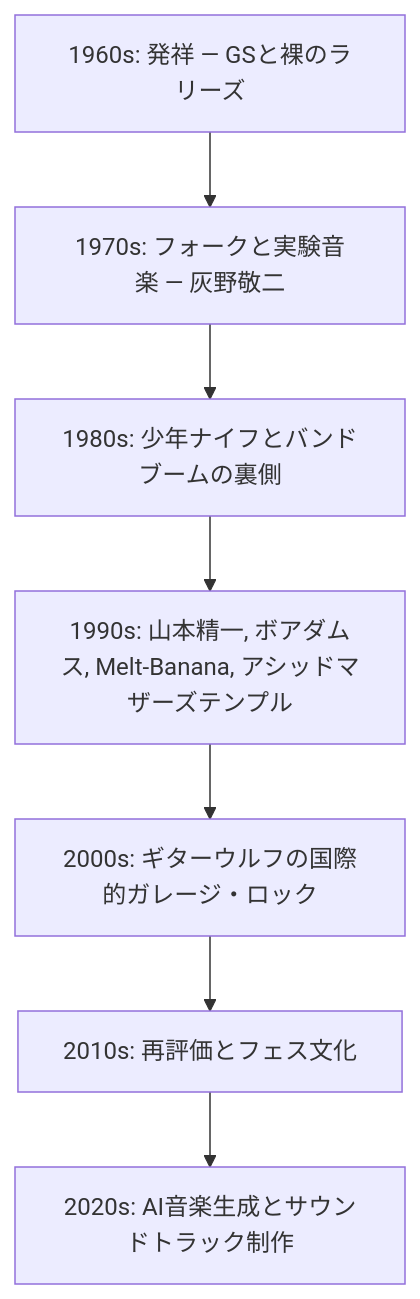
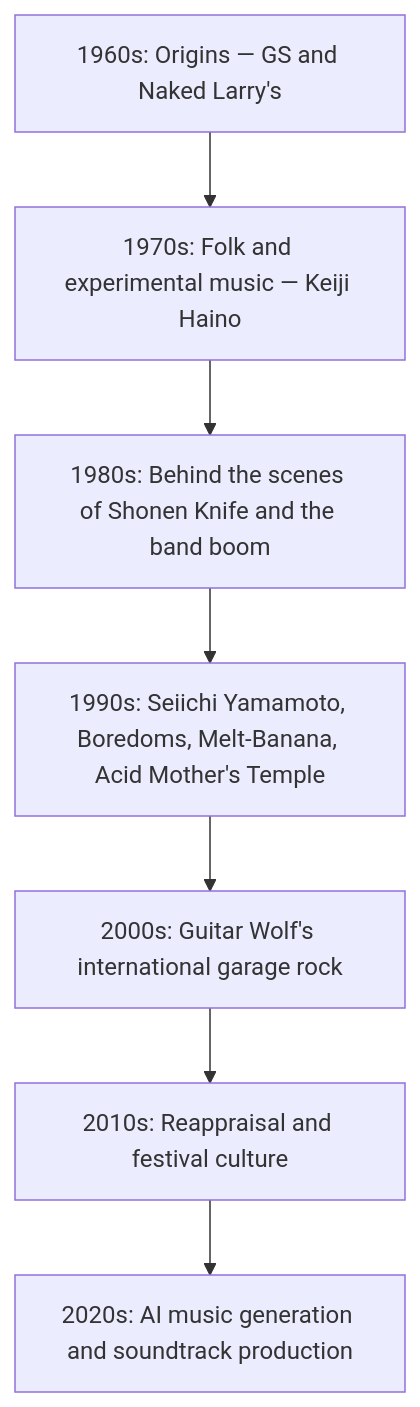
One commit to monumental-movement/monumental-movement.github.io changed the diagram in en/_posts/2025-09-25-Column-Japanese-Mainstream-Underground-Rock.md. Above: the diagram before and after it, drawn with Mermaid. The commit also changed other lines of this file and 1719 other files, not shown here.

```diff
--- a/en/_posts/2025-09-25-Column-Japanese-Mainstream-Underground-Rock.md
+++ b/en/_posts/2025-09-25-Column-Japanese-Mainstream-Underground-Rock.md
@@ -86,9 +86,9 @@
 <div class="mermaid">
 flowchart TD
-    A["1960s: 発祥 — GSと裸のラリーズ"] --> B["1970s: フォークと実験音楽 — 灰野敬二"]
-    B --> C["1980s: 少年ナイフとバンドブームの裏側"]
-    C --> D["1990s: 山本精一, ボアダムス, Melt-Banana, アシッドマザーズテンプル"]
-    D --> E["2000s: ギターウルフの国際的ガレージ・ロック"]
-    E --> F["2010s: 再評価とフェス文化"]
-    F --> G["2020s: AI音楽生成とサウンドトラック制作"]
+A["1960s: Origins — GS and Naked Larry's"] --> B["1970s: Folk and experimental music — Keiji Haino"]
+B --> C["1980s: Behind the scenes of Shonen Knife and the band boom"]
+C --> D["1990s: Seiichi Yamamoto, Boredoms, Melt-Banana, Acid Mother's Temple"]
+D --> E["2000s: Guitar Wolf's international garage rock"]
+E --> F["2010s: Reappraisal and festival culture"]
+F --> G["2020s: AI music generation and soundtrack production"]
 </div>
```
